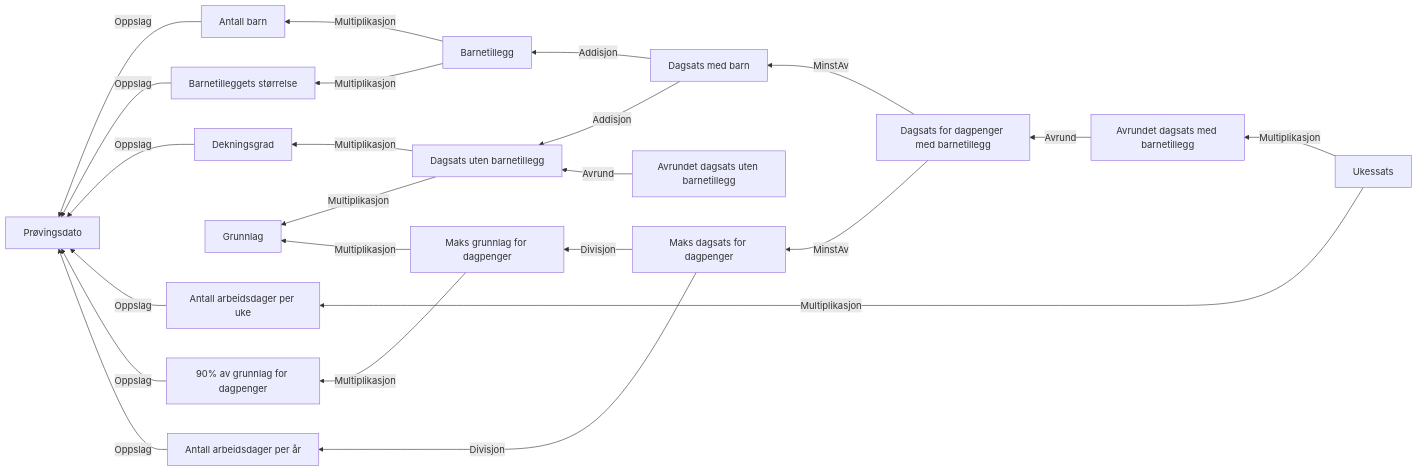
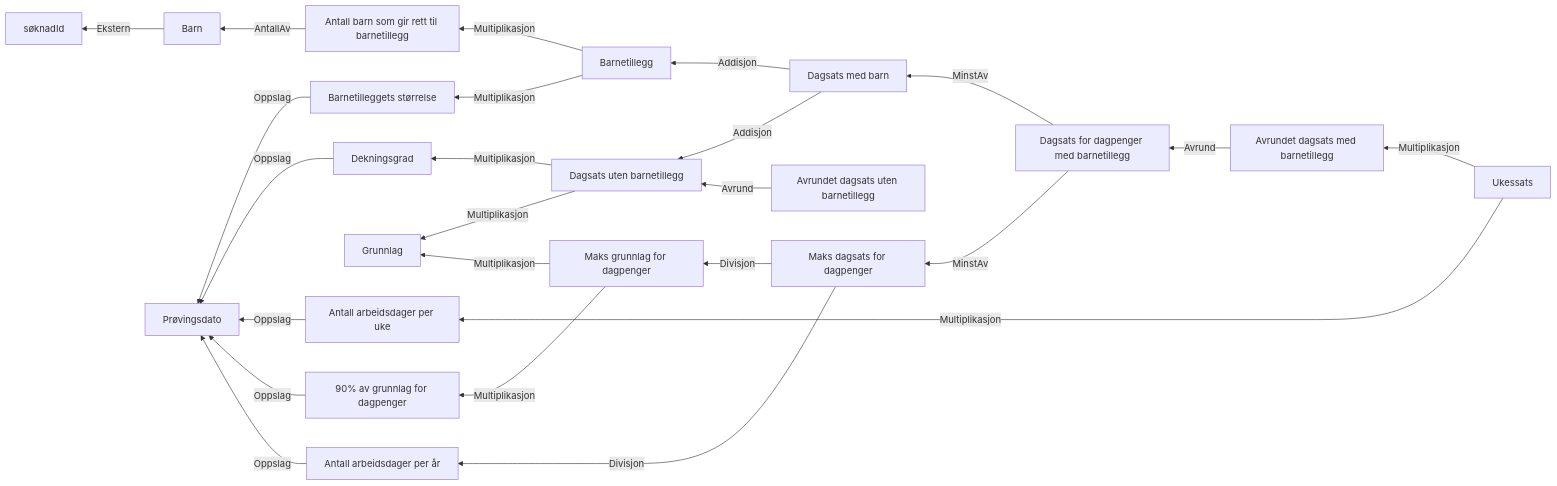
The diagram in docs/regler/§ 4-12. Dagpengenes størrelse.approved.md (navikt/dp-vedtak), drawn with Mermaid before and after one commit. The commit also changed 15 other files, not shown here.

````diff
--- a/docs/regler/§ 4-12. Dagpengenes størrelse.approved.md
+++ b/docs/regler/§ 4-12. Dagpengenes størrelse.approved.md
@@ -5,25 +5,26 @@
 ```mermaid
 graph RL
-  A["Antall barn"] -->|"Oppslag"| B["Prøvingsdato"]
-  C["Barnetilleggets størrelse"] -->|"Oppslag"| B["Prøvingsdato"]
-  D["Dekningsgrad"] -->|"Oppslag"| B["Prøvingsdato"]
-  E["Dagsats uten barnetillegg"] -->|"Multiplikasjon"| F["Grunnlag"]
-  E["Dagsats uten barnetillegg"] -->|"Multiplikasjon"| D["Dekningsgrad"]
-  G["Barnetillegg"] -->|"Multiplikasjon"| C["Barnetilleggets størrelse"]
-  G["Barnetillegg"] -->|"Multiplikasjon"| A["Antall barn"]
-  H["Dagsats med barn"] -->|"Addisjon"| E["Dagsats uten barnetillegg"]
-  H["Dagsats med barn"] -->|"Addisjon"| G["Barnetillegg"]
-  I["Antall arbeidsdager per uke"] -->|"Oppslag"| B["Prøvingsdato"]
-  J["90% av grunnlag for dagpenger"] -->|"Oppslag"| B["Prøvingsdato"]
-  K["Antall arbeidsdager per år"] -->|"Oppslag"| B["Prøvingsdato"]
-  L["Maks grunnlag for dagpenger"] -->|"Multiplikasjon"| F["Grunnlag"]
-  L["Maks grunnlag for dagpenger"] -->|"Multiplikasjon"| J["90% av grunnlag for dagpenger"]
-  M["Maks dagsats for dagpenger"] -->|"Divisjon"| L["Maks grunnlag for dagpenger"]
-  M["Maks dagsats for dagpenger"] -->|"Divisjon"| K["Antall arbeidsdager per år"]
-  N["Dagsats for dagpenger med barnetillegg"] -->|"MinstAv"| M["Maks dagsats for dagpenger"]
-  N["Dagsats for dagpenger med barnetillegg"] -->|"MinstAv"| H["Dagsats med barn"]
-  O["Avrundet dagsats med barnetillegg"] -->|"Avrund"| N["Dagsats for dagpenger med barnetillegg"]
-  P["Avrundet dagsats uten barnetillegg"] -->|"Avrund"| E["Dagsats uten barnetillegg"]
-  Q["Ukessats"] -->|"Multiplikasjon"| O["Avrundet dagsats med barnetillegg"]
-  Q["Ukessats"] -->|"Multiplikasjon"| I["Antall arbeidsdager per uke"]
+  A["Barn"] -->|"Ekstern"| B["søknadId"]
+  C["Antall barn som gir rett til barnetillegg"] -->|"AntallAv"| A["Barn"]
+  D["Barnetilleggets størrelse"] -->|"Oppslag"| E["Prøvingsdato"]
+  F["Dekningsgrad"] -->|"Oppslag"| E["Prøvingsdato"]
+  G["Dagsats uten barnetillegg"] -->|"Multiplikasjon"| H["Grunnlag"]
+  G["Dagsats uten barnetillegg"] -->|"Multiplikasjon"| F["Dekningsgrad"]
+  I["Barnetillegg"] -->|"Multiplikasjon"| D["Barnetilleggets størrelse"]
+  I["Barnetillegg"] -->|"Multiplikasjon"| C["Antall barn som gir rett til barnetillegg"]
+  J["Dagsats med barn"] -->|"Addisjon"| G["Dagsats uten barnetillegg"]
+  J["Dagsats med barn"] -->|"Addisjon"| I["Barnetillegg"]
+  K["Antall arbeidsdager per uke"] -->|"Oppslag"| E["Prøvingsdato"]
+  L["90% av grunnlag for dagpenger"] -->|"Oppslag"| E["Prøvingsdato"]
+  M["Antall arbeidsdager per år"] -->|"Oppslag"| E["Prøvingsdato"]
+  N["Maks grunnlag for dagpenger"] -->|"Multiplikasjon"| H["Grunnlag"]
+  N["Maks grunnlag for dagpenger"] -->|"Multiplikasjon"| L["90% av grunnlag for dagpenger"]
+  O["Maks dagsats for dagpenger"] -->|"Divisjon"| N["Maks grunnlag for dagpenger"]
+  O["Maks dagsats for dagpenger"] -->|"Divisjon"| M["Antall arbeidsdager per år"]
+  P["Dagsats for dagpenger med barnetillegg"] -->|"MinstAv"| O["Maks dagsats for dagpenger"]
+  P["Dagsats for dagpenger med barnetillegg"] -->|"MinstAv"| J["Dagsats med barn"]
+  Q["Avrundet dagsats med barnetillegg"] -->|"Avrund"| P["Dagsats for dagpenger med barnetillegg"]
+  R["Avrundet dagsats uten barnetillegg"] -->|"Avrund"| G["Dagsats uten barnetillegg"]
+  S["Ukessats"] -->|"Multiplikasjon"| Q["Avrundet dagsats med barnetillegg"]
+  S["Ukessats"] -->|"Multiplikasjon"| K["Antall arbeidsdager per uke"]
 ```
````
